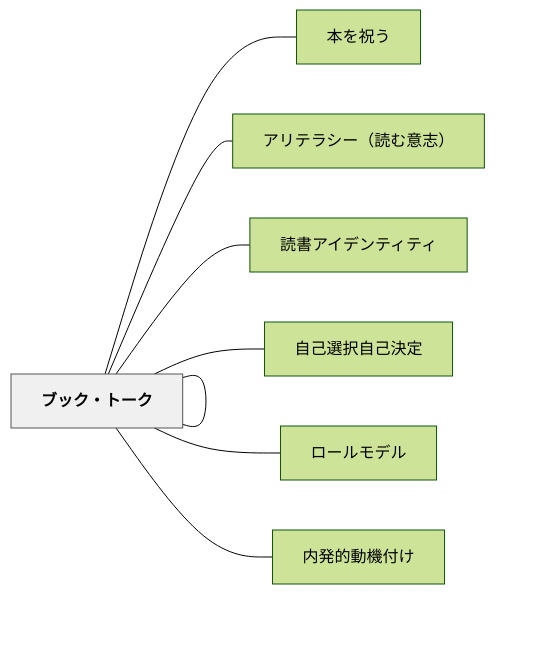
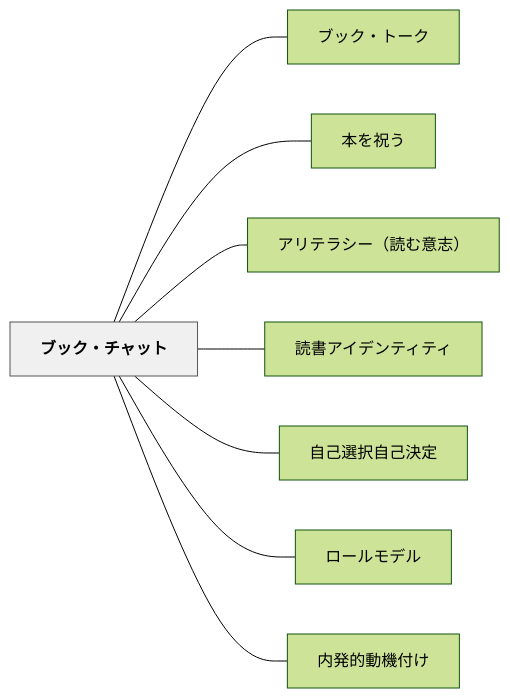
The diagram in content/パタン/ブック・チャット.md (unknownthings-ed-patterns/unknownthings-ed-patterns), drawn with Mermaid (forest theme) before and after one commit. The commit also changed 527 other files, not shown here.

````diff
--- a/content/パタン/ブック・チャット.md
+++ b/content/パタン/ブック・チャット.md
@@ -209,22 +209,22 @@
 ```mermaid
 flowchart LR
-    ne38396e38383["ブック・チャット"]
-    ne38396e38383["ブック・トーク"]
-    ne69cace38292["本を祝う"]
-    ne382a2e383aa["アリテラシー（読む意志）"]
-    ne8aaade69bb8["読書アイデンティティ"]
-    ne887aae5b7b1["自己選択自己決定"]
-    ne383ade383bc["ロールモデル"]
-    ne58685e799ba["内発的動機付け"]
+    ne38396e38383e382afe383bbe38381e383a3e38383e38388["ブック・チャット"]
+    ne38396e38383e382afe383bbe38388e383bce382af["ブック・トーク"]
+    ne69cace38292e7a59de38186["本を祝う"]
+    ne382a2e383aae38386e383a9e382b7e383bcefbc88e8aaade38280e6848fe5bf97efbc89["アリテラシー（読む意志）"]
+    ne8aaade69bb8e382a2e382a4e38387e383b3e38386e382a3e38386e382a3["読書アイデンティティ"]
+    ne887aae5b7b1e981b8e68a9ee887aae5b7b1e6b1bae5ae9a["自己選択自己決定"]
+    ne383ade383bce383abe383a2e38387e383ab["ロールモデル"]
+    ne58685e799bae79a84e58b95e6a99fe4bb98e38191["内発的動機付け"]
 
-    ne38396e38383 --- ne38396e38383
-    ne38396e38383 --- ne69cace38292
-    ne38396e38383 --- ne382a2e383aa
-    ne38396e38383 --- ne8aaade69bb8
-    ne38396e38383 --- ne887aae5b7b1
-    ne38396e38383 --- ne383ade383bc
-    ne38396e38383 --- ne58685e799ba
+    ne38396e38383e382afe383bbe38381e383a3e38383e38388 --- ne38396e38383e382afe383bbe38388e383bce382af
+    ne38396e38383e382afe383bbe38381e383a3e38383e38388 --- ne69cace38292e7a59de38186
+    ne38396e38383e382afe383bbe38381e383a3e38383e38388 --- ne382a2e383aae38386e383a9e382b7e383bcefbc88e8aaade38280e6848fe5bf97efbc89
+    ne38396e38383e382afe383bbe38381e383a3e38383e38388 --- ne8aaade69bb8e382a2e382a4e38387e383b3e38386e382a3e38386e382a3
+    ne38396e38383e382afe383bbe38381e383a3e38383e38388 --- ne887aae5b7b1e981b8e68a9ee887aae5b7b1e6b1bae5ae9a
+    ne38396e38383e382afe383bbe38381e383a3e38383e38388 --- ne383ade383bce383abe383a2e38387e383ab
+    ne38396e38383e382afe383bbe38381e383a3e38383e38388 --- ne58685e799bae79a84e58b95e6a99fe4bb98e38191
 
     classDef hub fill:#f0f0f0,stroke:#555,color:#000,font-weight:bold
-    class ne38396e38383 hub
+    class ne38396e38383e382afe383bbe38381e383a3e38383e38388 hub
 ```
````
